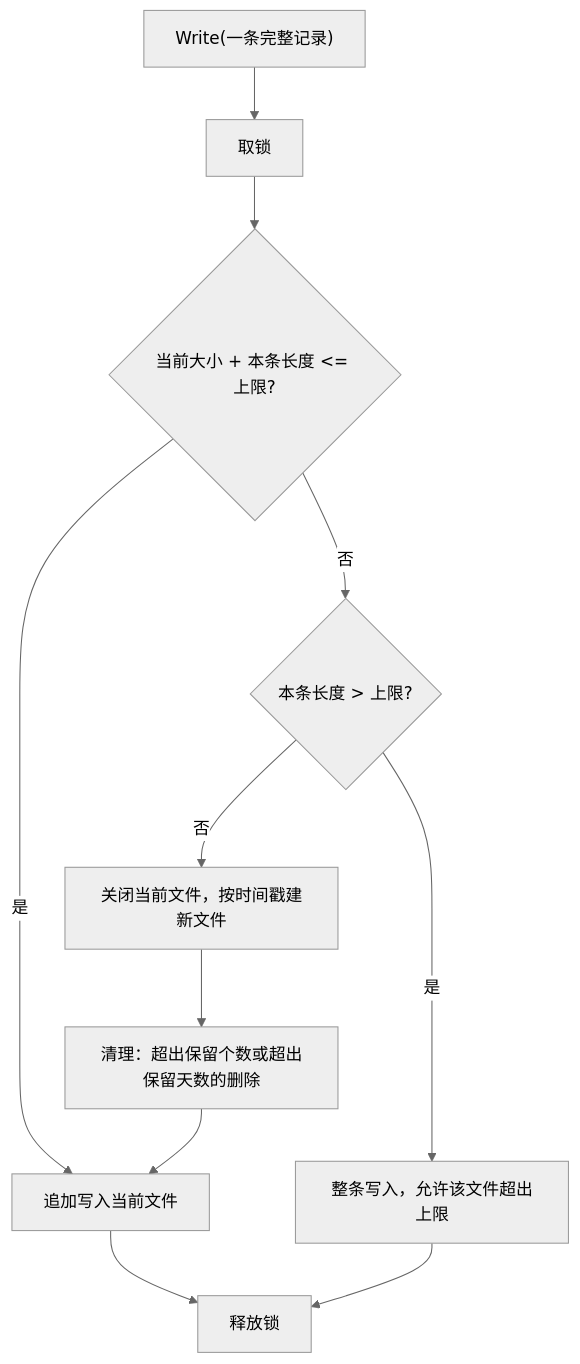
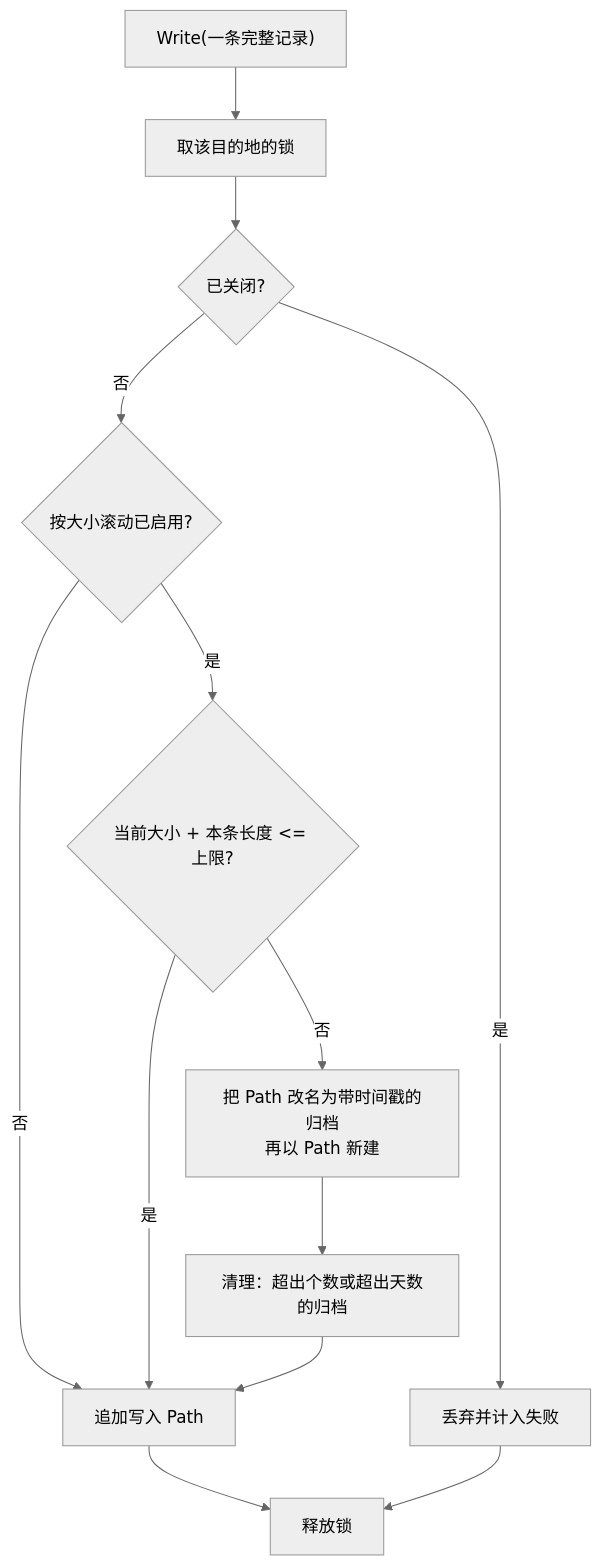
One commit to vislake/speed changed the third of 3 diagrams in docs/design/modules/design-log.md. Above: the diagram before and after it, drawn with Mermaid (neutral theme). The commit also changed other lines of this file and 6 other files, not shown here.

````diff
--- a/docs/design/modules/design-log.md
+++ b/docs/design/modules/design-log.md
@@ -200,13 +252,15 @@
 ```mermaid
 flowchart TD
-    write["Write(一条完整记录)"] --> lock["取锁"]
-    lock --> fits{"当前大小 + 本条长度 <= 上限?"}
-    fits -->|是| append["追加写入当前文件"]
-    fits -->|否| big{"本条长度 > 上限?"}
-    big -->|是| over["整条写入，允许该文件超出上限"]
-    big -->|否| rotate["关闭当前文件，按时间戳建新文件"]
-    rotate --> prune["清理：超出保留个数或超出保留天数的删除"]
+    write["Write(一条完整记录)"] --> lock["取该目的地的锁"]
+    lock --> closed{"已关闭?"}
+    closed -->|是| drop["丢弃并计入失败"]
+    closed -->|否| sized{"按大小滚动已启用?"}
+    sized -->|否| append["追加写入 Path"]
+    sized -->|是| fits{"当前大小 + 本条长度 <= 上限?"}
+    fits -->|是| append
+    fits -->|否| rotate["把 Path 改名为带时间戳的归档<br/>再以 Path 新建"]
+    rotate --> prune["清理：超出个数或超出天数的归档"]
     prune --> append
     append --> unlock["释放锁"]
-    over --> unlock
+    drop --> unlock
 ```
````
